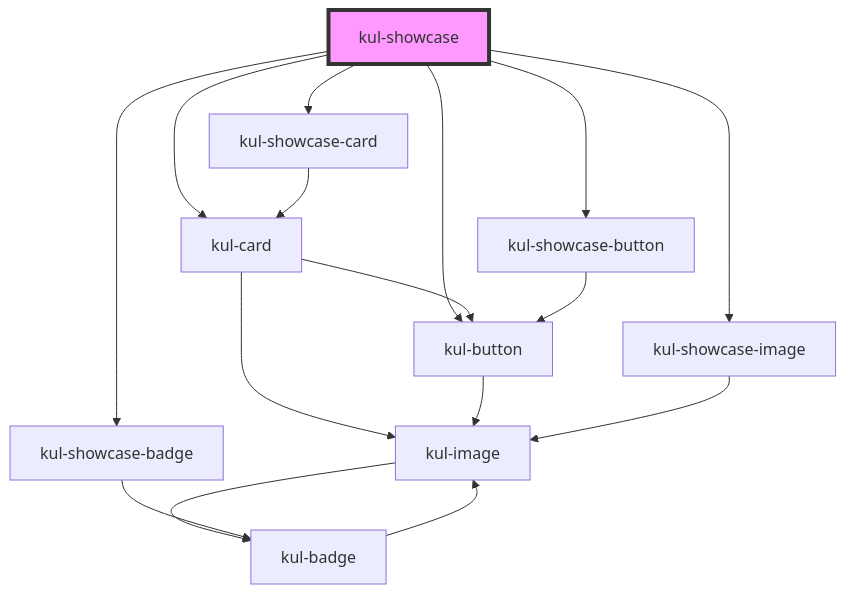
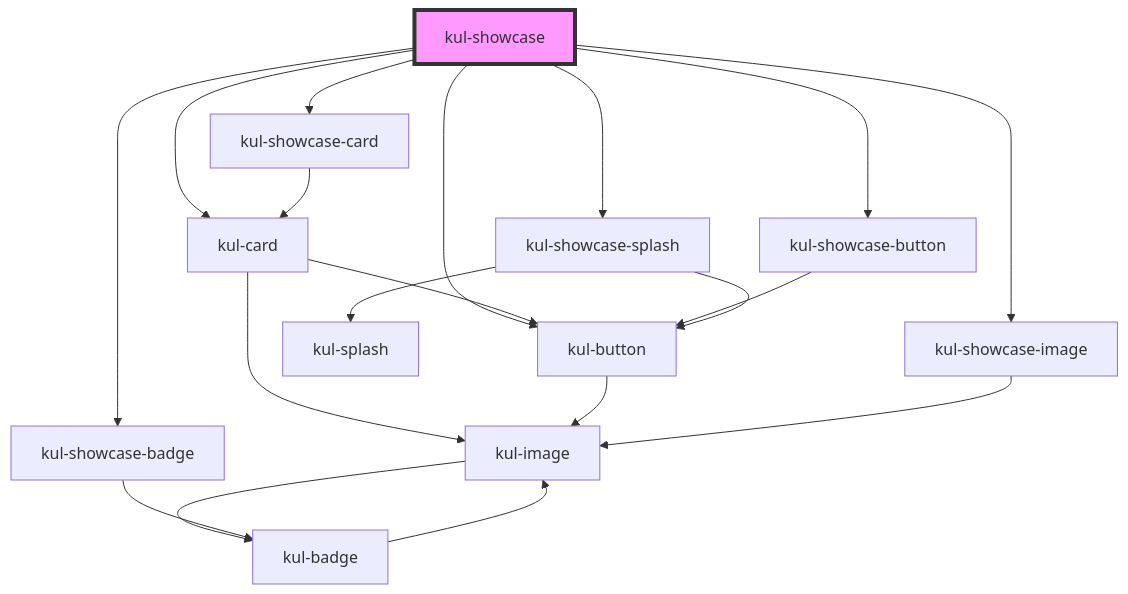
Before and after one commit to smeup/ketchup: the diagram in packages/ketchup-lite/src/components/kul-showcase/readme.md, drawn with Mermaid. The commit also changed other lines of this file and 9 other files, not shown here.

Commit message:
Added splash to showcase.

````diff
--- a/packages/ketchup-lite/src/components/kul-showcase/readme.md
+++ b/packages/ketchup-lite/src/components/kul-showcase/readme.md
@@ -89,19 +90,22 @@
 ```mermaid
 graph TD;
   kul-showcase --> kul-card
   kul-showcase --> kul-showcase-badge
   kul-showcase --> kul-showcase-button
   kul-showcase --> kul-showcase-card
   kul-showcase --> kul-showcase-image
+  kul-showcase --> kul-showcase-splash
   kul-showcase --> kul-button
   kul-card --> kul-image
   kul-card --> kul-button
   kul-image --> kul-badge
   kul-badge --> kul-image
   kul-button --> kul-image
   kul-showcase-badge --> kul-badge
   kul-showcase-button --> kul-button
   kul-showcase-card --> kul-card
   kul-showcase-image --> kul-image
+  kul-showcase-splash --> kul-button
+  kul-showcase-splash --> kul-splash
   style kul-showcase fill:#f9f,stroke:#333,stroke-width:4px
 ```
````
